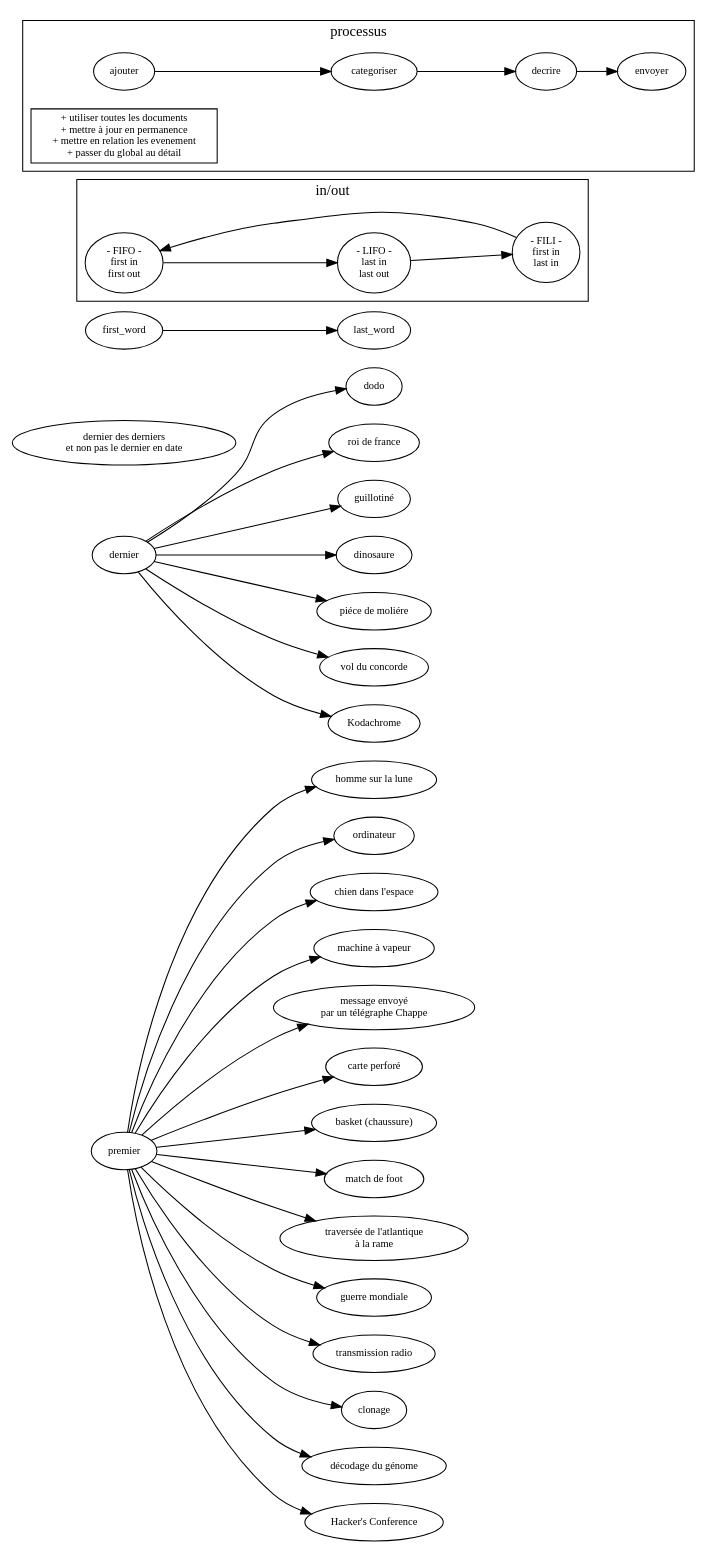
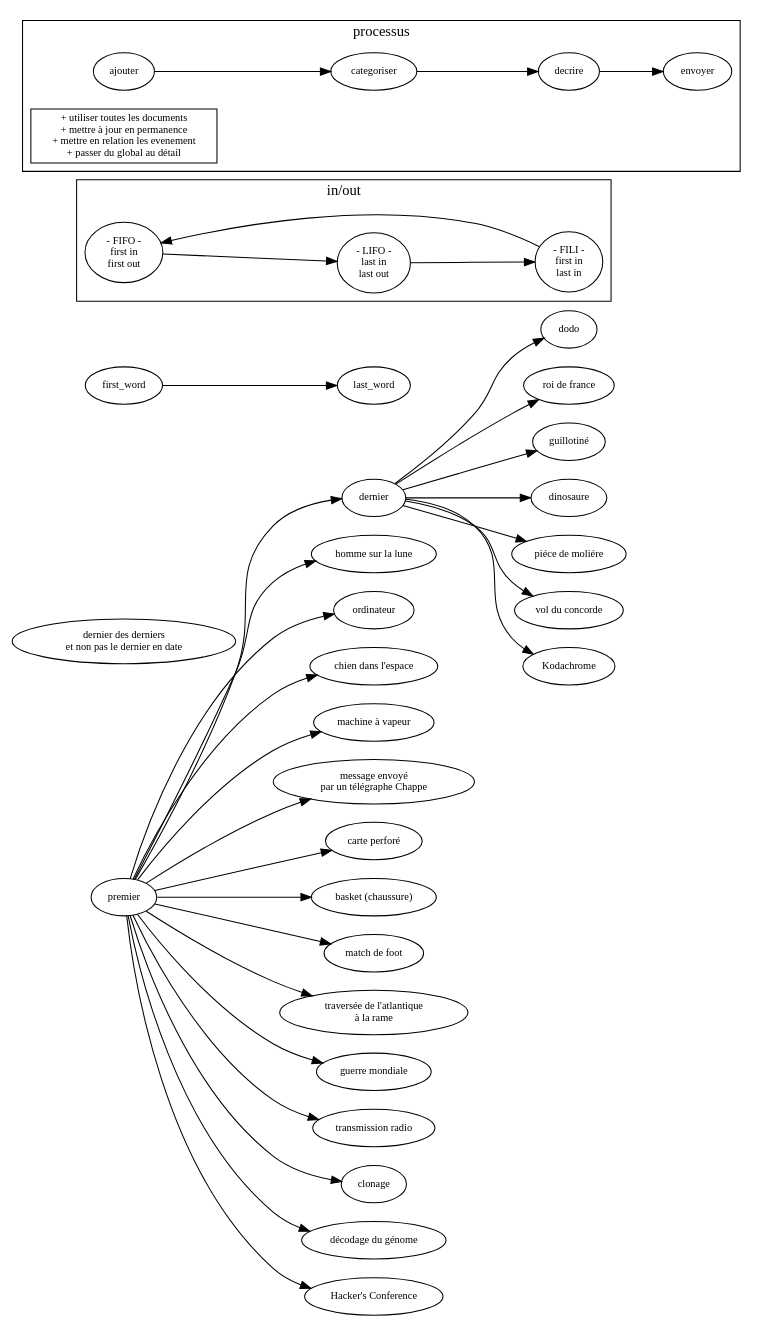
Before and after one commit to ensad-nancy/first-last: the diagram in sujet.dot, drawn with Graphviz.

Commit message:
+first -> last +

```diff
--- a/sujet.dot
+++ b/sujet.dot
@@ -1,67 +1,69 @@
 digraph {
 
 	layout= "dot"
 	
 
 	fontname="myriadpro"
 	fontsize = 14
 	rankdir="LR"
 	
 	
 	node [fontname="myriadpro", fontsize = 10]
 	edge [fontname="monaco", fontsize = 9]
 	
 	first [label="premier"]
 	last [label="dernier"]
+	
+	first -> last
 	
 	"dernier des derniers\n et non pas le dernier en date" 
 
 	first -> "homme sur la lune"
 	first -> "ordinateur"
 	first -> "chien dans l'espace"
 	first -> "machine à vapeur"
 	first -> "message envoyé\npar un télégraphe Chappe"
 	first -> "carte perforé"
 	first -> "basket (chaussure)"
 	first -> "match de foot"
 	first -> "traversée de l'atlantique\nà la rame"
 	first -> "guerre mondiale"
 	first -> "transmission radio"
 	first -> "clonage"
 	first -> "décodage du génome"
 	first -> "Hacker's Conference"
 	
 	last -> dodo
 	last -> "roi de france"
 	last -> "guillotiné"
 	last -> "dinosaure"
 	last -> "piéce de moliére"
 	last -> "vol du concorde"
 	last -> "Kodachrome"
 
 	first_word -> last_word
 	subgraph cluster_FO{
 	
 		label="in/out"
 		
 		FIFO [label="- FIFO -\nfirst in\nfirst out"]
 		LIFO [label="- LIFO -\nlast in\nlast out"]
 		FILI [label="- FILI -\nfirst in\n last in"]
 
 		FILI -> FIFO -> LIFO -> FILI
 	}
 	
 	subgraph cluster_process {
 		
 		label="processus"
 		
 		//get [label="récolter"]
 		
 		ajouter -> categoriser -> decrire -> envoyer
 		
 		"+ utiliser toutes les documents
 + mettre à jour en permanence
 + mettre en relation les evenement
 + passer du global au détail" [ shape=box]
 	}
 }
```
